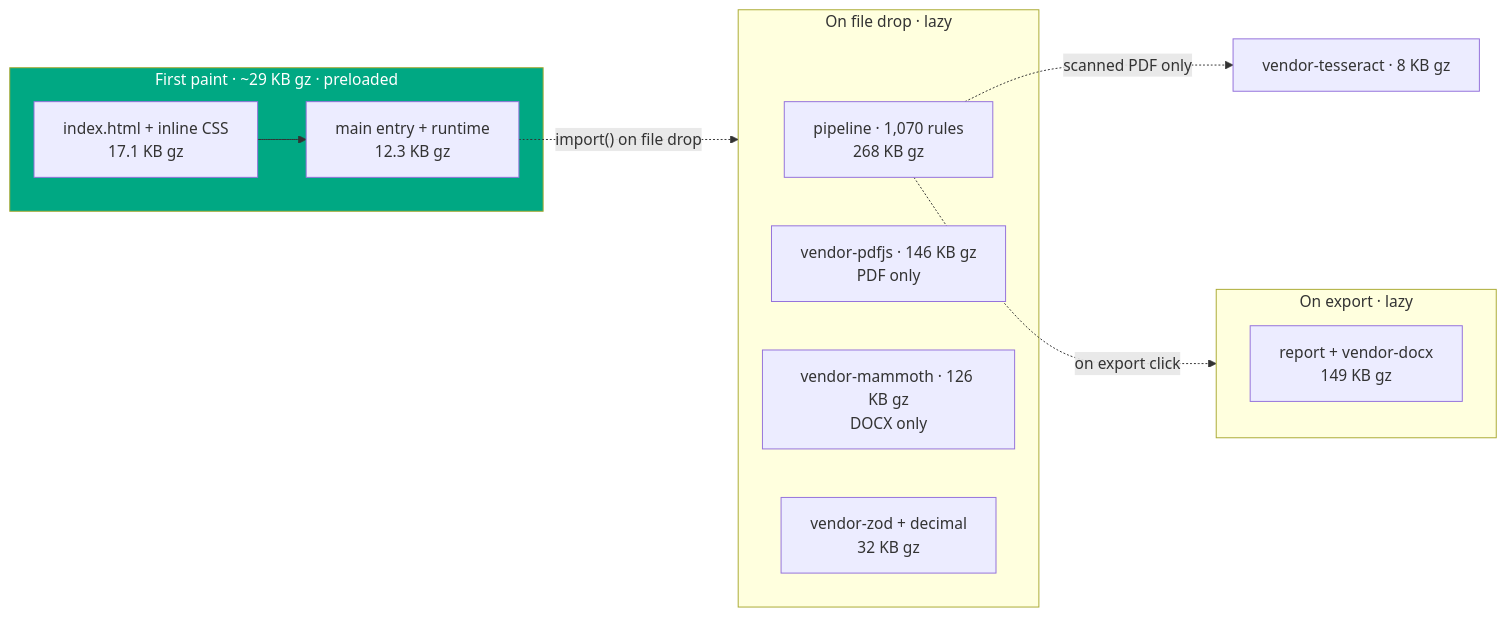
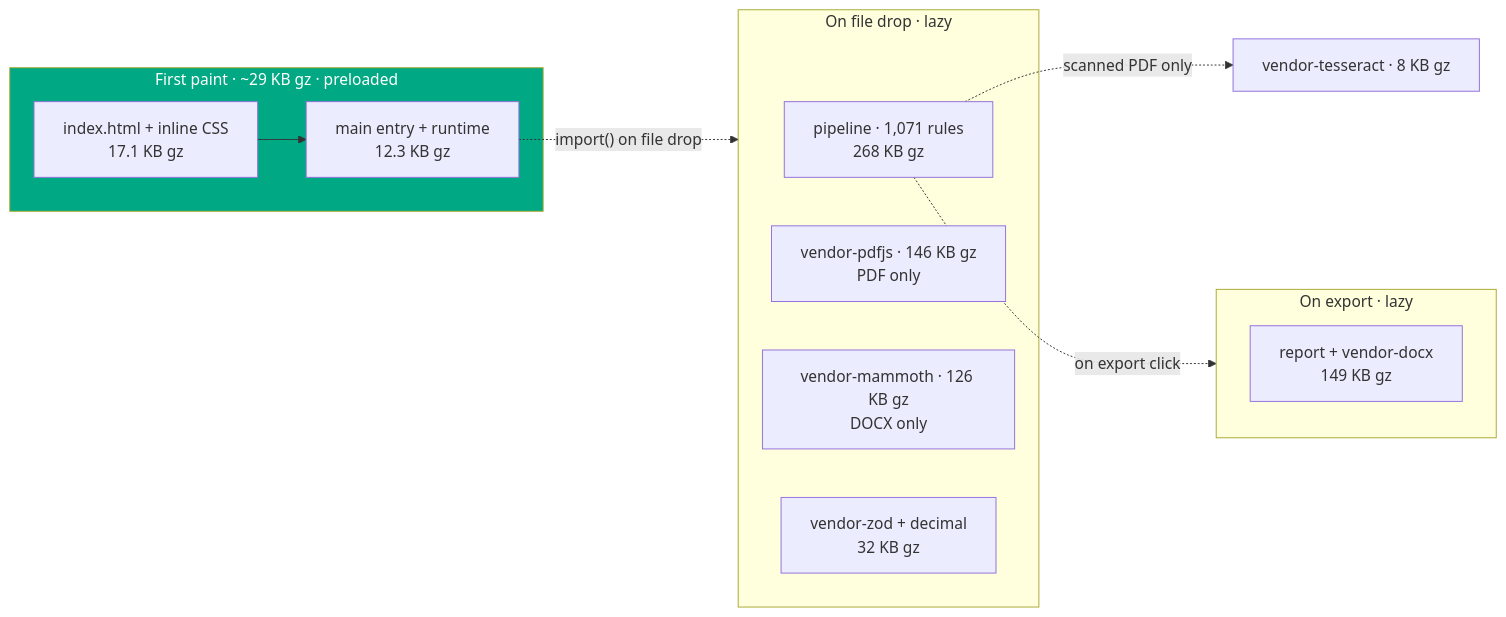
The tenth of 11 diagrams in README.md (clay-good/vaulytica), drawn with Mermaid before and after one commit. The commit also changed other lines of this file and 363 other files, not shown here.

````diff
--- a/README.md
+++ b/README.md
@@ -1266,19 +1266,19 @@
 ```mermaid
 flowchart LR
   subgraph FP["First paint · ~29 KB gz · preloaded"]
     H[index.html + inline CSS<br/>17.1 KB gz] --> M[main entry + runtime<br/>12.3 KB gz]
   end
   M -. "import() on file drop" .-> DROP
   subgraph DROP["On file drop · lazy"]
-    P[pipeline · 1,070 rules<br/>268 KB gz]
+    P[pipeline · 1,071 rules<br/>268 KB gz]
     PDF[vendor-pdfjs · 146 KB gz<br/>PDF only]
     DOCXIN[vendor-mammoth · 126 KB gz<br/>DOCX only]
     Z[vendor-zod + decimal<br/>32 KB gz]
   end
   P -. "on export click" .-> EXP
   subgraph EXP["On export · lazy"]
     RPT[report + vendor-docx<br/>149 KB gz]
   end
   P -. "scanned PDF only" .-> OCR[vendor-tesseract · 8 KB gz]
   style FP fill:#00A883,color:#fff
 ```
````
